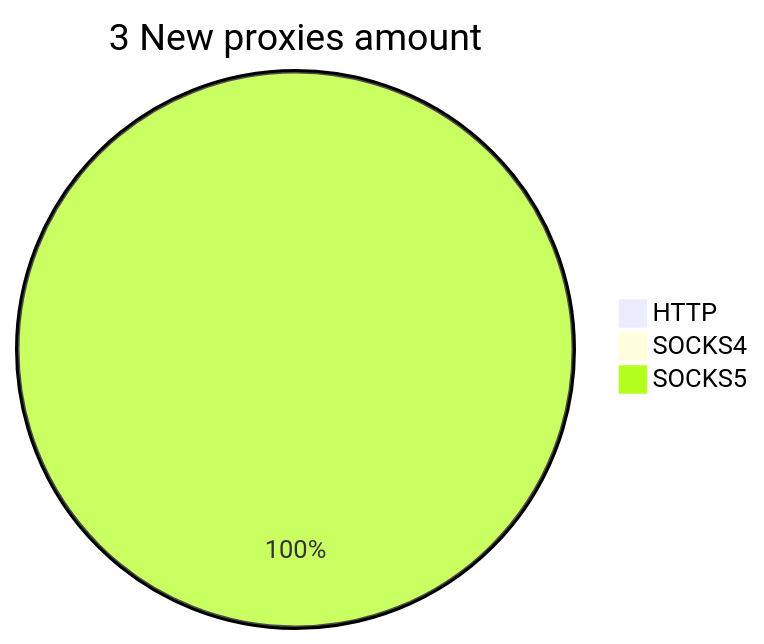
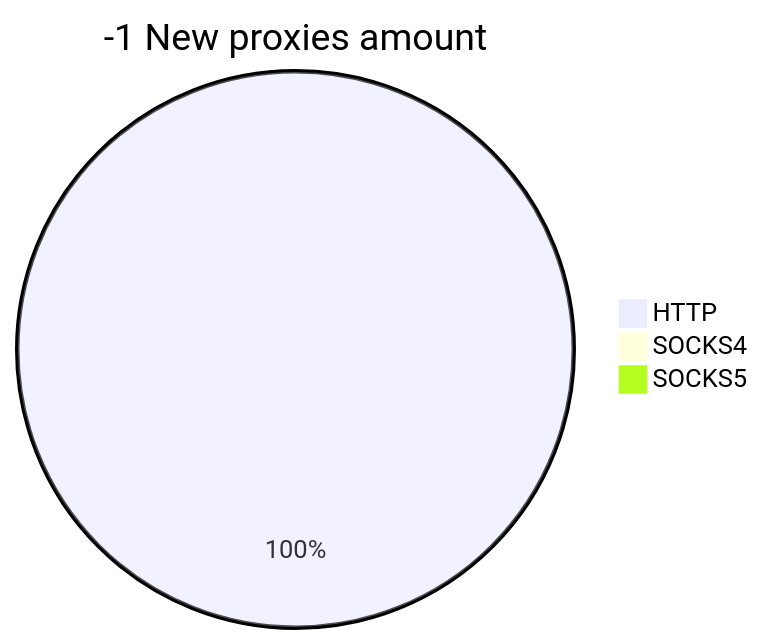
Before and after one commit to cutipu/proxylist: the second of 2 diagrams in README.md, drawn with Mermaid. The commit also changed other lines of this file, not shown here.

````diff
--- a/README.md
+++ b/README.md
@@ -10,6 +10,6 @@
 ```mermaid
-pie title 3 New proxies amount
-    "HTTP" : 0
+pie title -1 New proxies amount
+    "HTTP" : 2
     "SOCKS4" : 0
-    "SOCKS5" : 4
+    "SOCKS5" : 0
 ```
````
